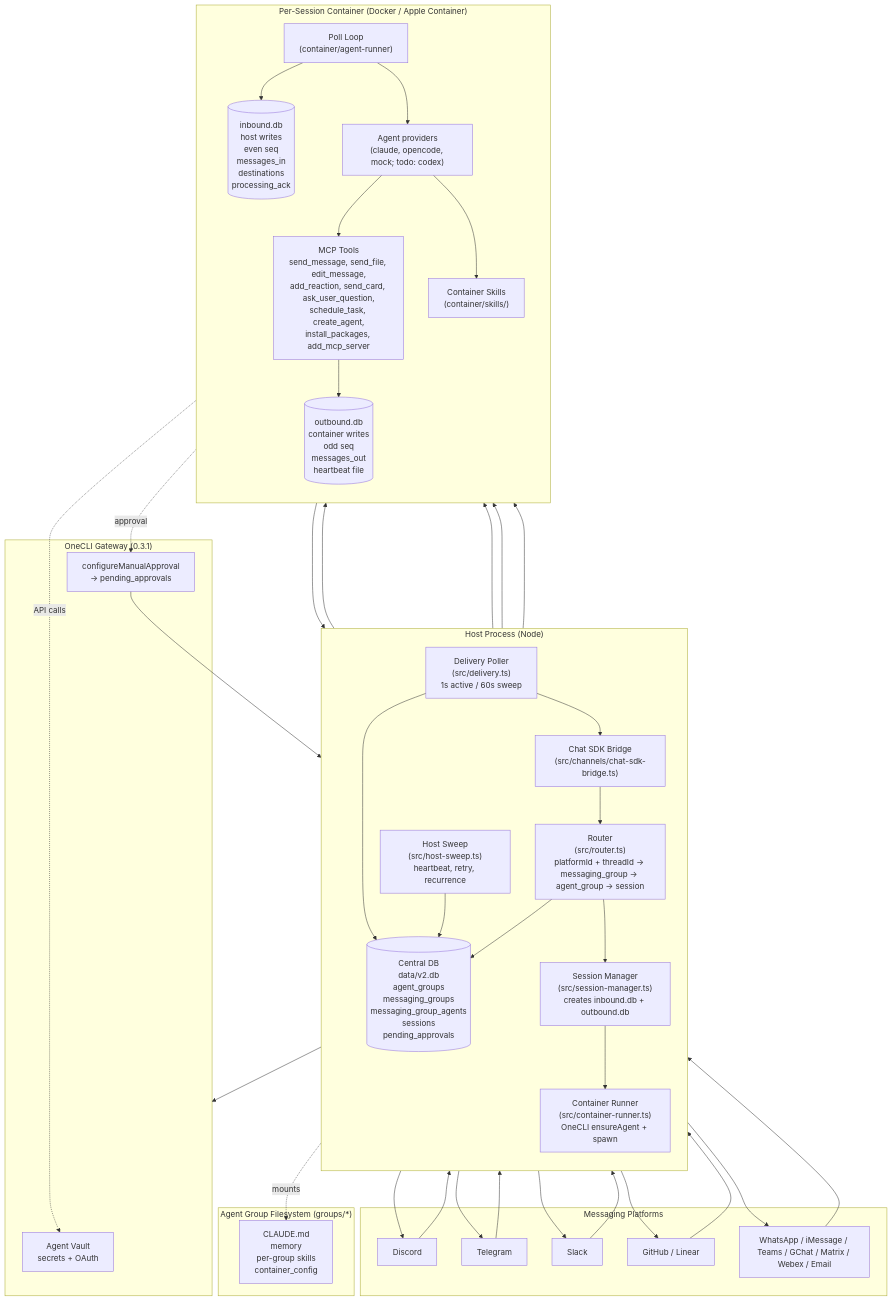
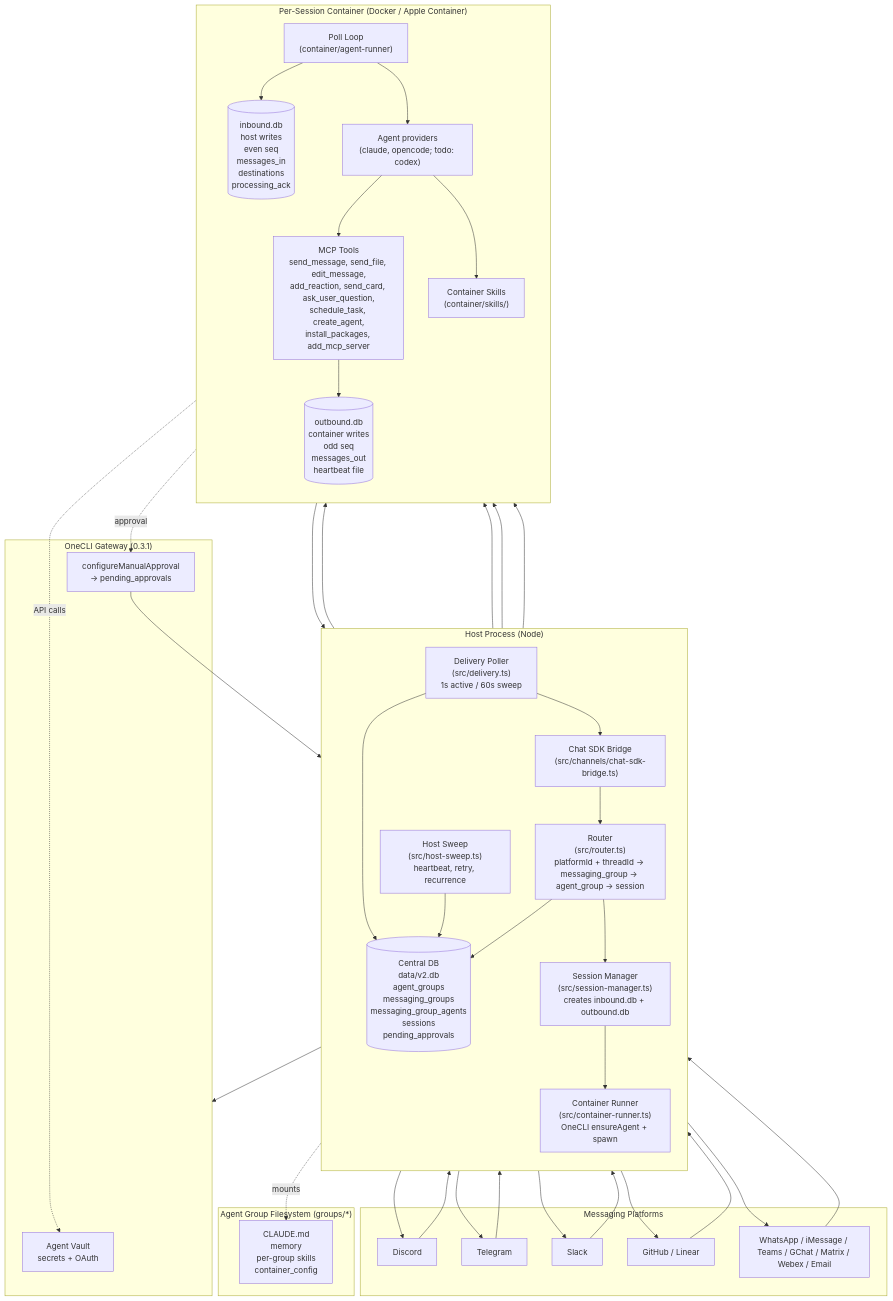
Before and after one commit to anupsinghinfra/oncellclaw: the first of 5 diagrams in docs/architecture-diagram.md, drawn with Mermaid. The commit also changed 3 other files, not shown here.

First line of the commit message:
Unregister the mock provider from the production container barrel

````diff
--- a/docs/architecture-diagram.md
+++ b/docs/architecture-diagram.md
@@ -5,65 +5,65 @@
 ```mermaid
 flowchart TB
   subgraph Platforms["Messaging Platforms"]
     P1[Discord]
     P2[Telegram]
     P3[Slack]
     P4[GitHub / Linear]
     P5[WhatsApp / iMessage / Teams / GChat / Matrix / Webex / Email]
   end
 
   subgraph Host["Host Process (Node)"]
     direction TB
     Bridge["Chat SDK Bridge<br/>(src/channels/chat-sdk-bridge.ts)"]
     Router["Router<br/>(src/router.ts)<br/>platformId + threadId -> messaging_group -> agent_group -> session"]
     SessMgr["Session Manager<br/>(src/session-manager.ts)<br/>creates inbound.db + outbound.db"]
     Runner["Container Runner<br/>(src/container-runner.ts)<br/>OneCLI ensureAgent + spawn"]
     Delivery["Delivery Poller<br/>(src/delivery.ts)<br/>1s active / 60s sweep"]
     Sweep["Host Sweep<br/>(src/host-sweep.ts)<br/>heartbeat, retry, recurrence"]
     Central[("Central DB<br/>data/v2.db<br/>agent_groups<br/>messaging_groups<br/>messaging_group_agents<br/>sessions<br/>pending_approvals")]
   end
 
   subgraph OneCLI["OneCLI Gateway (0.3.1)"]
     Vault["Agent Vault<br/>secrets + OAuth"]
     Approvals["configureManualApproval<br/>-> pending_approvals"]
   end
 
   subgraph Session["Per-Session Container (Docker / Apple Container)"]
     direction TB
     PollLoop["Poll Loop<br/>(container/agent-runner)"]
-    Provider["Agent providers<br/>(claude, opencode, mock; todo: codex)"]
+    Provider["Agent providers<br/>(claude, opencode; todo: codex)"]
     MCP["MCP Tools<br/>send_message, send_file, edit_message,<br/>add_reaction, send_card, ask_user_question,<br/>schedule_task, create_agent,<br/>install_packages, add_mcp_server"]
     Skills["Container Skills<br/>(container/skills/)"]
     InDB[("inbound.db<br/>host writes<br/>even seq<br/>messages_in<br/>destinations<br/>processing_ack")]
     OutDB[("outbound.db<br/>container writes<br/>odd seq<br/>messages_out<br/>heartbeat file")]
   end
 
   subgraph Groups["Agent Group Filesystem (groups/*)"]
     Folder["CLAUDE.md<br/>memory<br/>per-group skills<br/>container_config"]
   end
 
   P1 & P2 & P3 & P4 & P5 --> Bridge
   Bridge --> Router
   Router --> Central
   Router --> SessMgr
   SessMgr --> InDB
   SessMgr --> Runner
   Runner --> OneCLI
   Runner --> PollLoop
   PollLoop --> InDB
   PollLoop --> Provider
   Provider --> MCP
   Provider --> Skills
   MCP --> OutDB
   OutDB --> Delivery
   Delivery --> Central
   Delivery --> Bridge
   Bridge --> P1 & P2 & P3 & P4 & P5
   Sweep --> InDB
   Sweep --> OutDB
   Sweep --> Central
   Runner -.mounts.-> Folder
   MCP -.approval.-> Approvals
   Approvals --> Central
   Provider -.API calls.-> Vault
 ```
````
